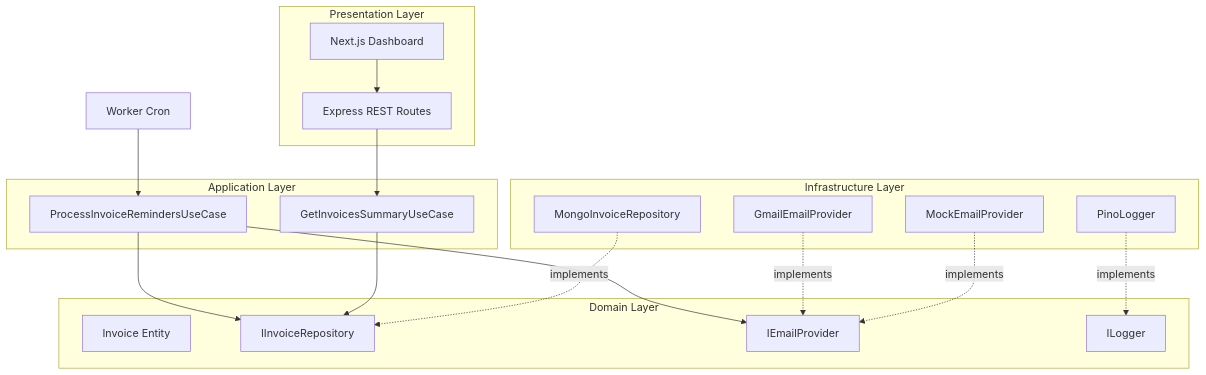
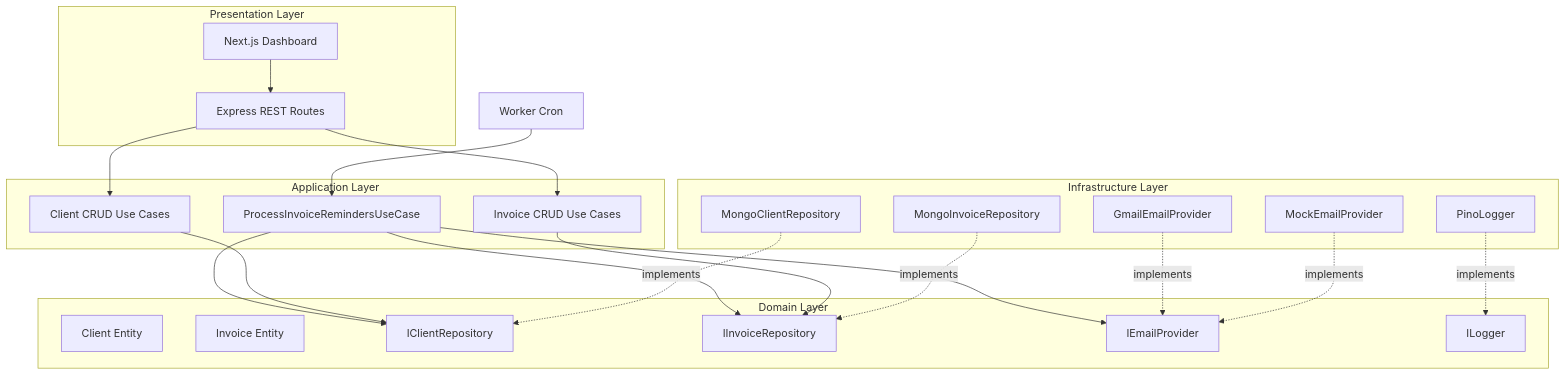
The first of 5 diagrams in ARCHITECTURE.md (andresrod2000/monolegal-challenge), drawn with Mermaid before and after one commit. The commit also changed other lines of this file and 67 other files, not shown here.

Commit message:
feat: evolve billing prototype into full client and invoice management

````diff
--- a/ARCHITECTURE.md
+++ b/ARCHITECTURE.md
@@ -11,37 +11,45 @@
 ```mermaid
 flowchart TB
     subgraph presentation [Presentation Layer]
         Frontend[Next.js Dashboard]
         APIRoutes[Express REST Routes]
     end
 
     subgraph application [Application Layer]
         ProcessUC[ProcessInvoiceRemindersUseCase]
-        GetSummaryUC[GetInvoicesSummaryUseCase]
+        InvoiceUCs[Invoice CRUD Use Cases]
+        ClientUCs[Client CRUD Use Cases]
     end
 
     subgraph domain [Domain Layer]
+        ClientEntity[Client Entity]
         InvoiceEntity[Invoice Entity]
+        IClientRepo[IClientRepository]
         IInvoiceRepo[IInvoiceRepository]
         IEmailProv[IEmailProvider]
         ILoggerPort[ILogger]
     end
 
     subgraph infrastructure [Infrastructure Layer]
-        MongoRepo[MongoInvoiceRepository]
+        MongoClientRepo[MongoClientRepository]
+        MongoInvoiceRepo[MongoInvoiceRepository]
         GmailProv[GmailEmailProvider]
         MockProv[MockEmailProvider]
         PinoLogger[PinoLogger]
     end
 
     Frontend --> APIRoutes
-    APIRoutes --> GetSummaryUC
+    APIRoutes --> InvoiceUCs
+    APIRoutes --> ClientUCs
     WorkerEntry[Worker Cron] --> ProcessUC
     ProcessUC --> IInvoiceRepo
+    ProcessUC --> IClientRepo
     ProcessUC --> IEmailProv
-    GetSummaryUC --> IInvoiceRepo
-    MongoRepo -.->|implements| IInvoiceRepo
+    InvoiceUCs --> IInvoiceRepo
+    ClientUCs --> IClientRepo
+    MongoClientRepo -.->|implements| IClientRepo
+    MongoInvoiceRepo -.->|implements| IInvoiceRepo
     GmailProv -.->|implements| IEmailProv
     MockProv -.->|implements| IEmailProv
     PinoLogger -.->|implements| ILoggerPort
 ```
````
